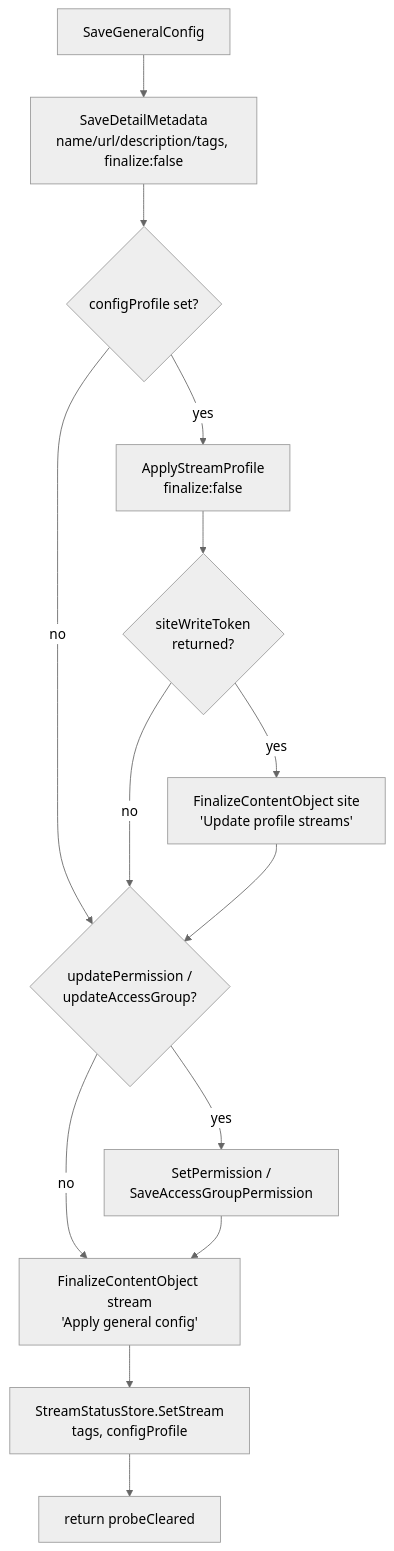
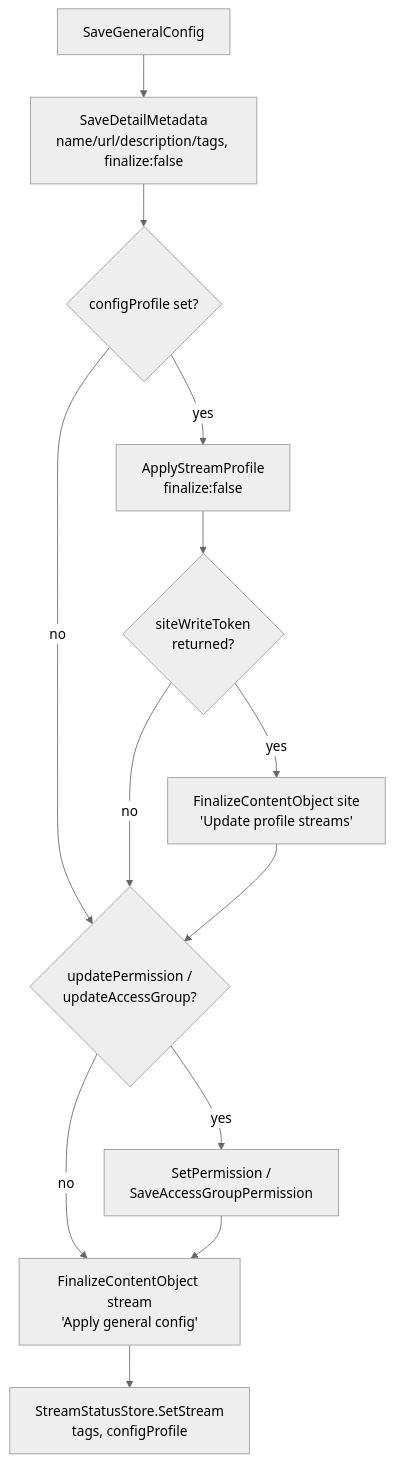
Before and after one commit to eluv-io/elv-live-stream: the second of 2 diagrams in docs/diagrams/profile-apply.md, drawn with Mermaid (neutral theme). The commit also changed other lines of this file and 31 other files, not shown here.

Commit message:
Rename DataStore to TenantStore ; remove probeCleared

````diff
--- a/docs/diagrams/profile-apply.md
+++ b/docs/diagrams/profile-apply.md
@@ -40,16 +40,15 @@
 ```mermaid
 flowchart TD
     A[SaveGeneralConfig] --> B[SaveDetailMetadata<br/>name/url/description/tags, finalize:false]
     B --> C{configProfile set?}
     C -->|no| G
     C -->|yes| D[ApplyStreamProfile<br/>finalize:false]
     D --> E{siteWriteToken<br/>returned?}
     E -->|yes| F[FinalizeContentObject site<br/>'Update profile streams']
     E -->|no| G
     F --> G{updatePermission /<br/>updateAccessGroup?}
     G -->|yes| H[SetPermission /<br/>SaveAccessGroupPermission]
     G -->|no| I
     H --> I[FinalizeContentObject stream<br/>'Apply general config']
     I --> J[StreamStatusStore.SetStream<br/>tags, configProfile]
-    J --> K[return probeCleared]
 ```
````
